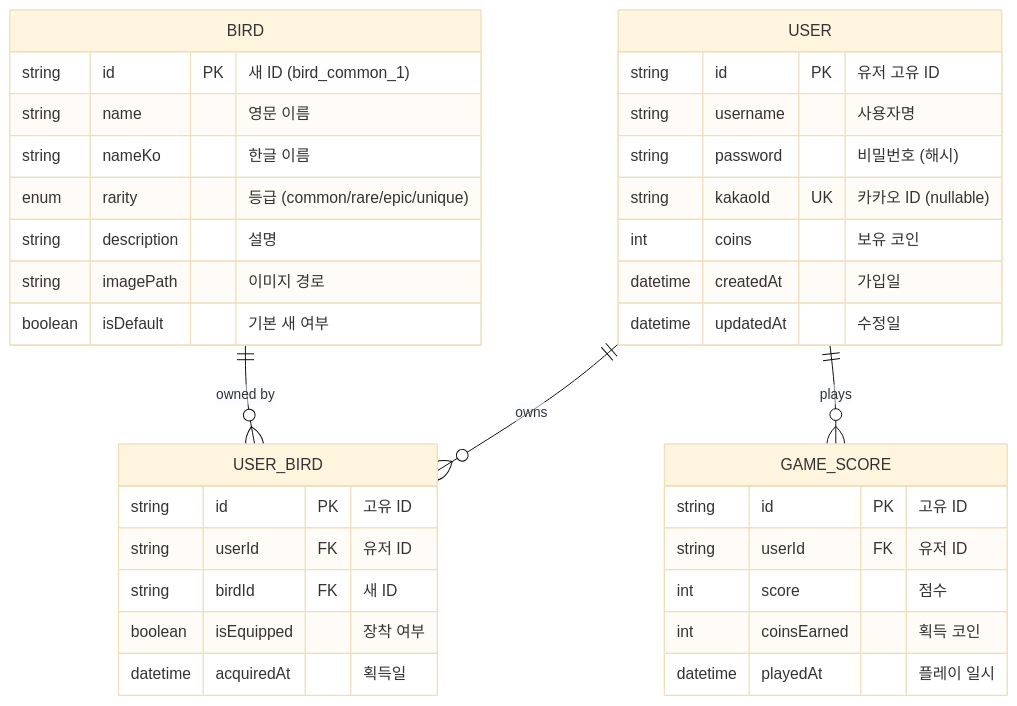
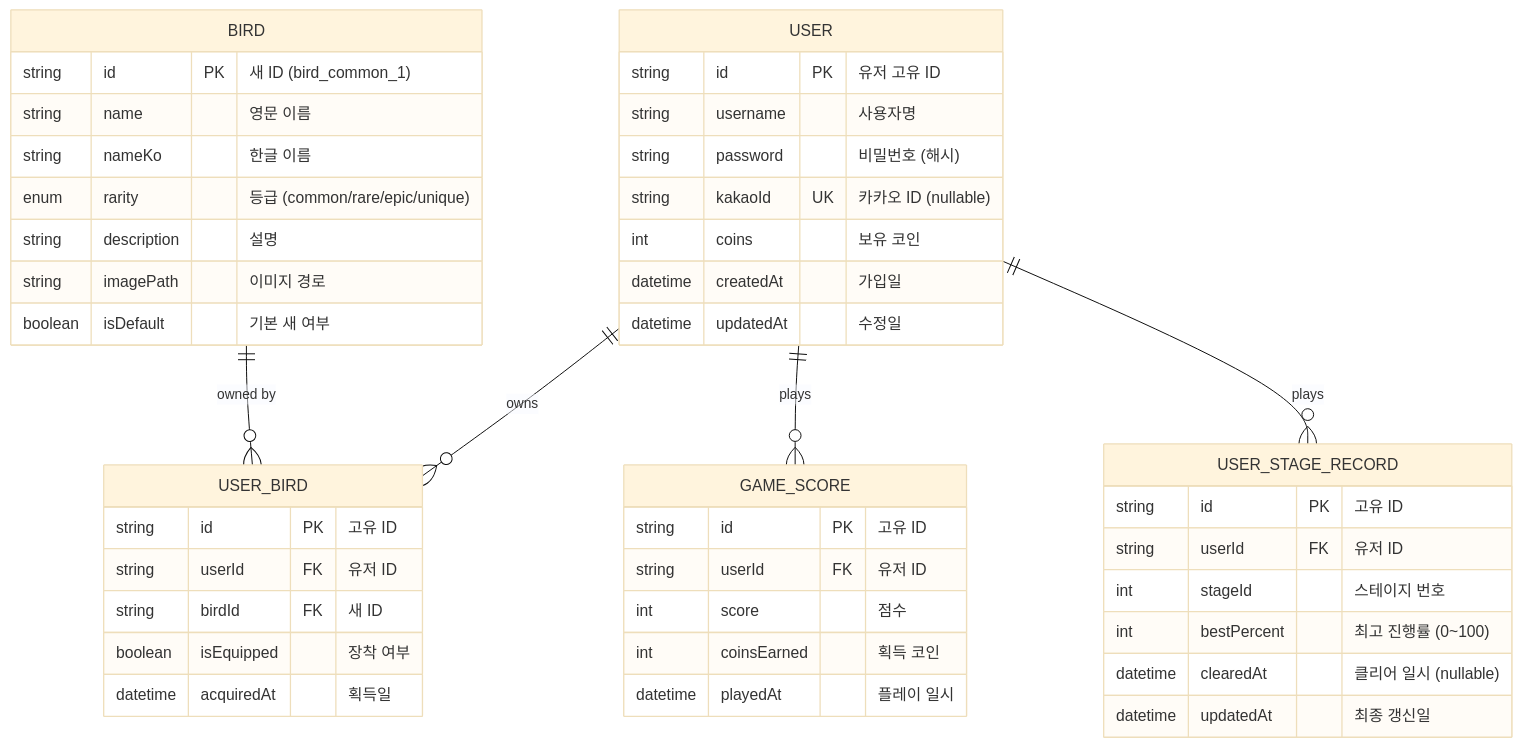
The diagram in docs/er_diagram.md (kimminsuu/FLAPPY-BIRD), drawn with Mermaid (base theme) before and after one commit. The commit also changed other lines of this file and 11 other files, not shown here.

First line of the commit message:
Add stage mode with progress HUD, best records, and stage unlock system

````diff
--- a/docs/er_diagram.md
+++ b/docs/er_diagram.md
@@ -7,42 +7,52 @@
 ```mermaid
 erDiagram
     USER {
         string id PK "유저 고유 ID"
         string username "사용자명"
         string password "비밀번호 (해시)"
         string kakaoId UK "카카오 ID (nullable)"
         int coins "보유 코인"
         datetime createdAt "가입일"
         datetime updatedAt "수정일"
     }
 
     BIRD {
         string id PK "새 ID (bird_common_1)"
         string name "영문 이름"
         string nameKo "한글 이름"
         enum rarity "등급 (common/rare/epic/unique)"
         string description "설명"
         string imagePath "이미지 경로"
         boolean isDefault "기본 새 여부"
     }
 
     USER_BIRD {
         string id PK "고유 ID"
         string userId FK "유저 ID"
         string birdId FK "새 ID"
         boolean isEquipped "장착 여부"
         datetime acquiredAt "획득일"
     }
 
     GAME_SCORE {
         string id PK "고유 ID"
         string userId FK "유저 ID"
         int score "점수"
         int coinsEarned "획득 코인"
         datetime playedAt "플레이 일시"
     }
 
+    USER_STAGE_RECORD {
+        string id PK "고유 ID"
+        string userId FK "유저 ID"
+        int stageId "스테이지 번호"
+        int bestPercent "최고 진행률 (0~100)"
+        datetime clearedAt "클리어 일시 (nullable)"
+        datetime updatedAt "최종 갱신일"
+    }
+
     USER ||--o{ USER_BIRD : "owns"
     BIRD ||--o{ USER_BIRD : "owned by"
     USER ||--o{ GAME_SCORE : "plays"
+    USER ||--o{ USER_STAGE_RECORD : "plays"
 ```
````
